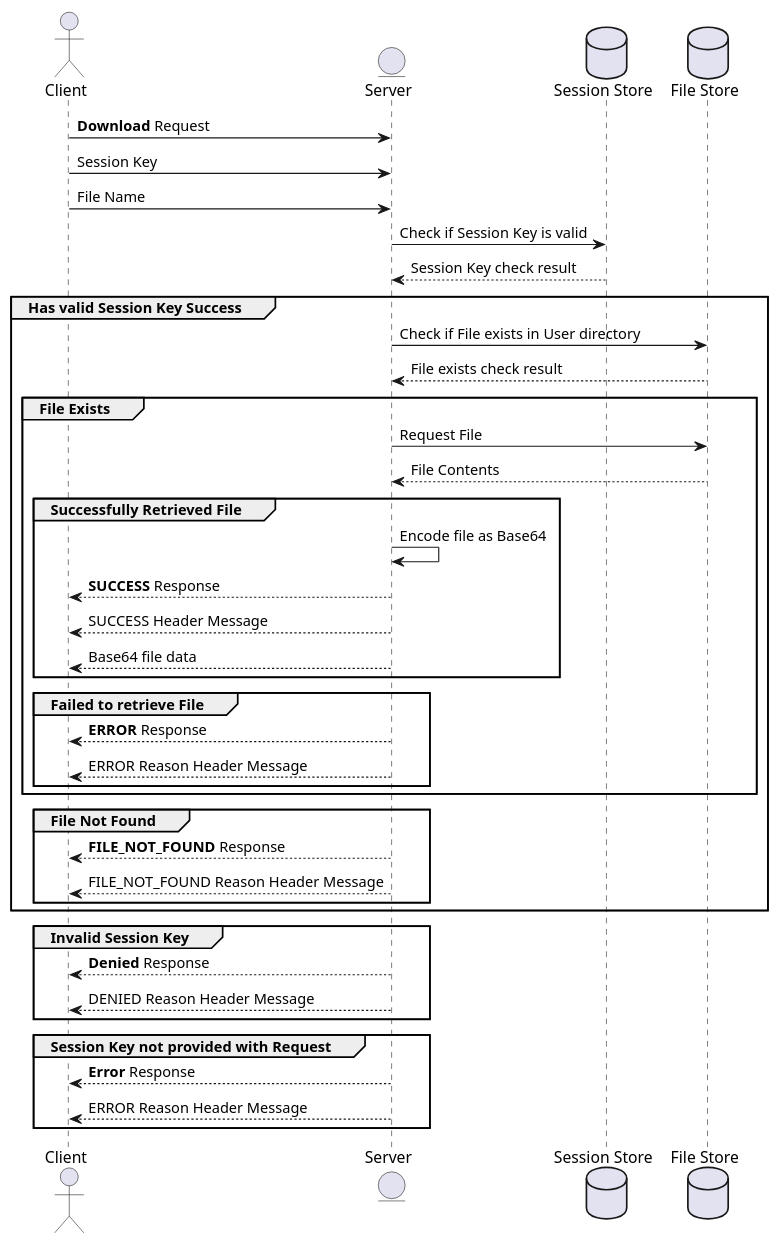
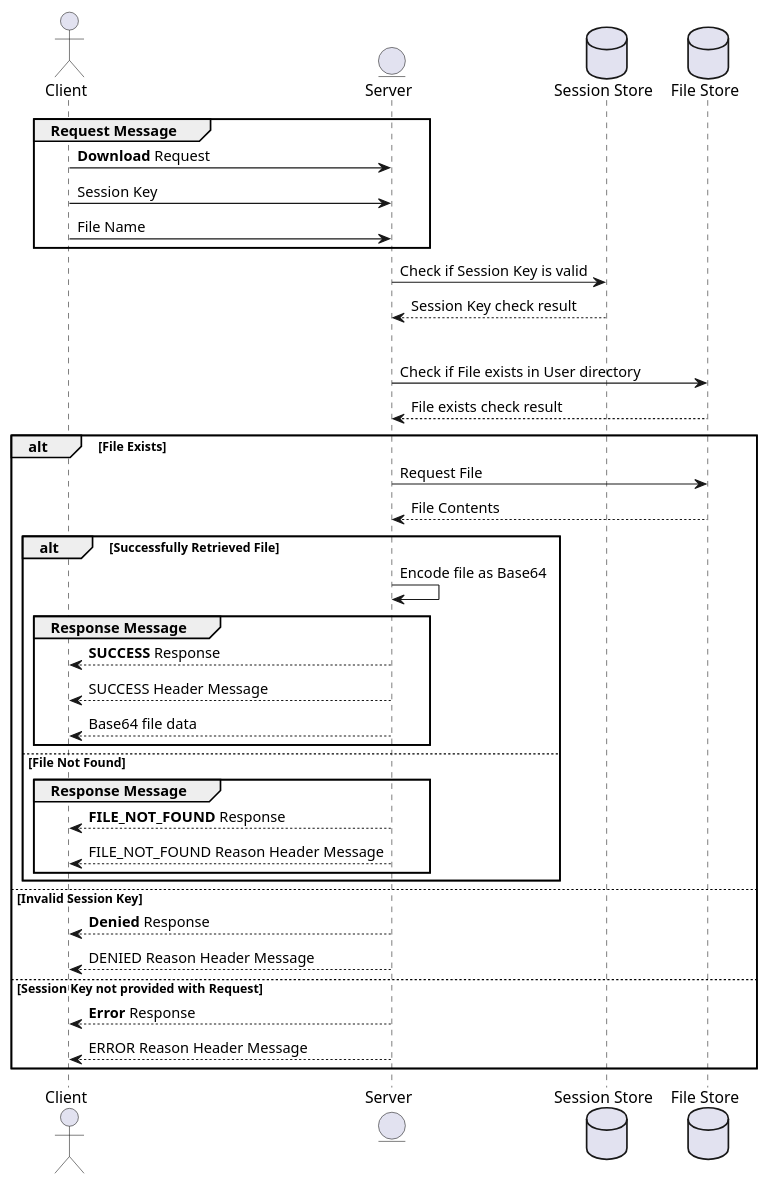
The diagram in diagrams/download_sequence.puml (mdgriffin/distributed-computing-project), drawn with PlantUML before and after one commit. The commit also changed 4 other files, not shown here.

```diff
--- a/diagrams/download_sequence.puml
+++ b/diagrams/download_sequence.puml
@@ -1,50 +1,47 @@
 @startuml
 actor Client
 entity Server
 Database "Session Store"
 Database "File Store"
 
+group Request Message
 Client -> Server: **Download** Request
 Client -> Server: Session Key
 Client -> Server: File Name
+end
 
 Server -> "Session Store": Check if Session Key is valid
 "Session Store" --> Server: Session Key check result
 
-group Has valid Session Key Success
+alt Has valid Session Key Success
     Server -> "File Store": Check if File exists in User directory
     "File Store" --> Server: File exists check result
 
-    group File Exists
+    alt File Exists
         Server -> "File Store": Request File
         "File Store" --> Server: File Contents
 
-        group Successfully Retrieved File
+        alt Successfully Retrieved File
             Server -> Server: Encode file as Base64
-            Server --> Client: **SUCCESS** Response
-            Server --> Client: SUCCESS Header Message
-            Server --> Client: Base64 file data
+            group Response Message
+                Server --> Client: **SUCCESS** Response
+                Server --> Client: SUCCESS Header Message
+                Server --> Client: Base64 file data
+            end
+
+        else File Not Found
+            group Response Message
+                Server --> Client: **FILE_NOT_FOUND** Response
+                Server --> Client: FILE_NOT_FOUND Reason Header Message
+            end
         end
 
-        group Failed to retrieve File
-            Server --> Client: **ERROR** Response
-            Server --> Client: ERROR Reason Header Message
-        end
-    end
-
-    group File Not Found
-        Server --> Client: **FILE_NOT_FOUND** Response
-        Server --> Client: FILE_NOT_FOUND Reason Header Message
-    end
-end
-
-group Invalid Session Key
+else Invalid Session Key
     Server --> Client: **Denied** Response
     Server --> Client: DENIED Reason Header Message
-end
 
-group Session Key not provided with Request
+else Session Key not provided with Request
     Server --> Client: **Error** Response
     Server --> Client: ERROR Reason Header Message
 end
 @enduml
```
